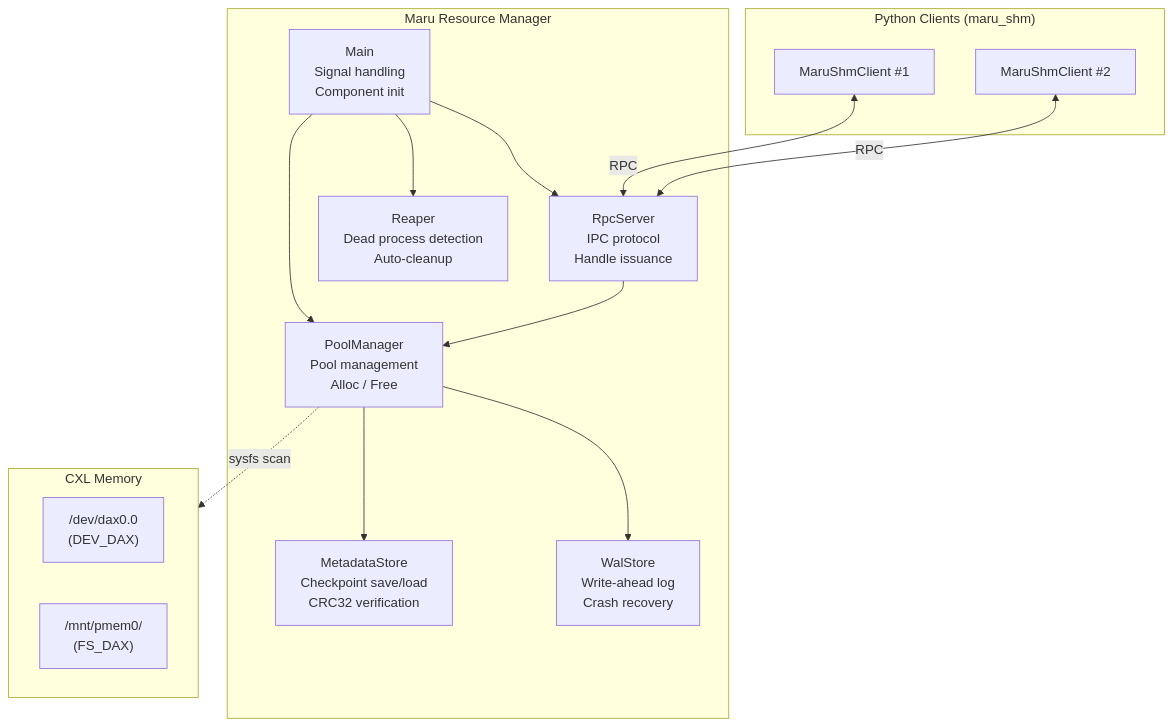
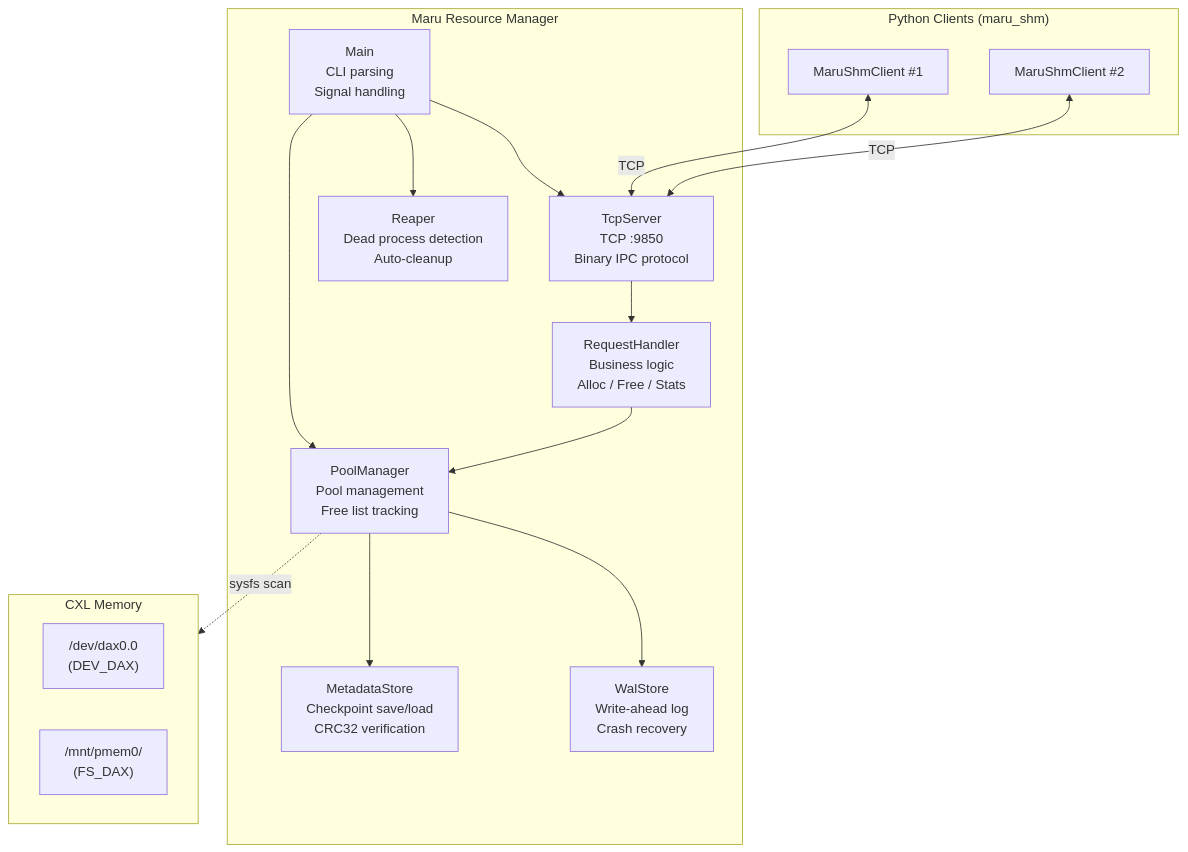
One commit to xcena-dev/maru changed the diagram in docs/source/design_doc/maru_resource_manager.md. Above: the diagram before and after it, drawn with Mermaid. The commit also changed other lines of this file and 56 other files, not shown here.

Commit message:
Refactor: tcp resource manager (#33)

````diff
--- a/docs/source/design_doc/maru_resource_manager.md
+++ b/docs/source/design_doc/maru_resource_manager.md
@@ -7,33 +7,35 @@
 ```mermaid
 flowchart TB
     subgraph RM["Maru Resource Manager"]
-        Main["Main<br/>Signal handling<br/>Component init"]
-        PM["PoolManager<br/>Pool management<br/>Alloc / Free"]
-        RPC["RpcServer<br/>IPC protocol<br/>Handle issuance"]
+        Main["Main<br/>CLI parsing<br/>Signal handling"]
+        TCP["TcpServer<br/>TCP :9850<br/>Binary IPC protocol"]
+        RH["RequestHandler<br/>Business logic<br/>Alloc / Free / Stats"]
+        PM["PoolManager<br/>Pool management<br/>Free list tracking"]
         Reaper["Reaper<br/>Dead process detection<br/>Auto-cleanup"]
         Meta["MetadataStore<br/>Checkpoint save/load<br/>CRC32 verification"]
         WAL["WalStore<br/>Write-ahead log<br/>Crash recovery"]
     end
 
+    Main --> TCP
     Main --> PM
-    Main --> RPC
     Main --> Reaper
+    TCP --> RH
+    RH --> PM
     PM --> Meta
     PM --> WAL
-    RPC --> PM
 
     subgraph Clients["Python Clients (maru_shm)"]
         C1["MaruShmClient #1"]
         C2["MaruShmClient #2"]
     end
 
-    C1 <-->|"RPC"| RPC
-    C2 <-->|"RPC"| RPC
+    C1 <-->|"TCP"| TCP
+    C2 <-->|"TCP"| TCP
 
     subgraph Storage["CXL Memory"]
         D1["/dev/dax0.0<br/>(DEV_DAX)"]
         D2["/mnt/pmem0/<br/>(FS_DAX)"]
     end
 
     PM -.->|"sysfs scan"| Storage
 ```
````
